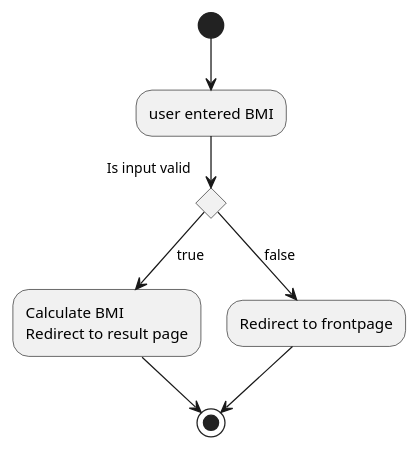
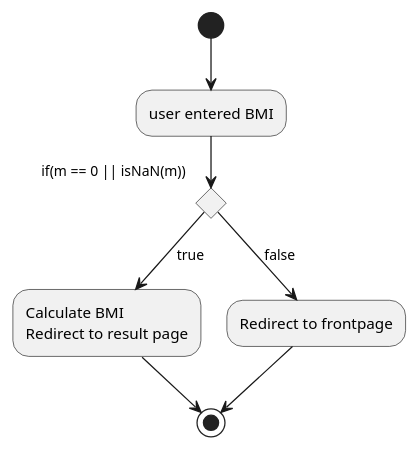
The diagram in diagram.puml (blorsten/bmi-calculator-nodejs), drawn with PlantUML before and after one commit. The commit also changed 7 other files, not shown here.

```diff
--- a/diagram.puml
+++ b/diagram.puml
@@ -1,12 +1,12 @@
 @startuml
 
 (*) --> "user entered BMI"
 
-if "Is input valid" then
+if "if(m == 0 || isNaN(m))" then
     --> [true] "Calculate BMI\nRedirect to result page"
     --> (*)
 else
     --> [false] "Redirect to frontpage"
     --> (*)
 
 @enduml
```
